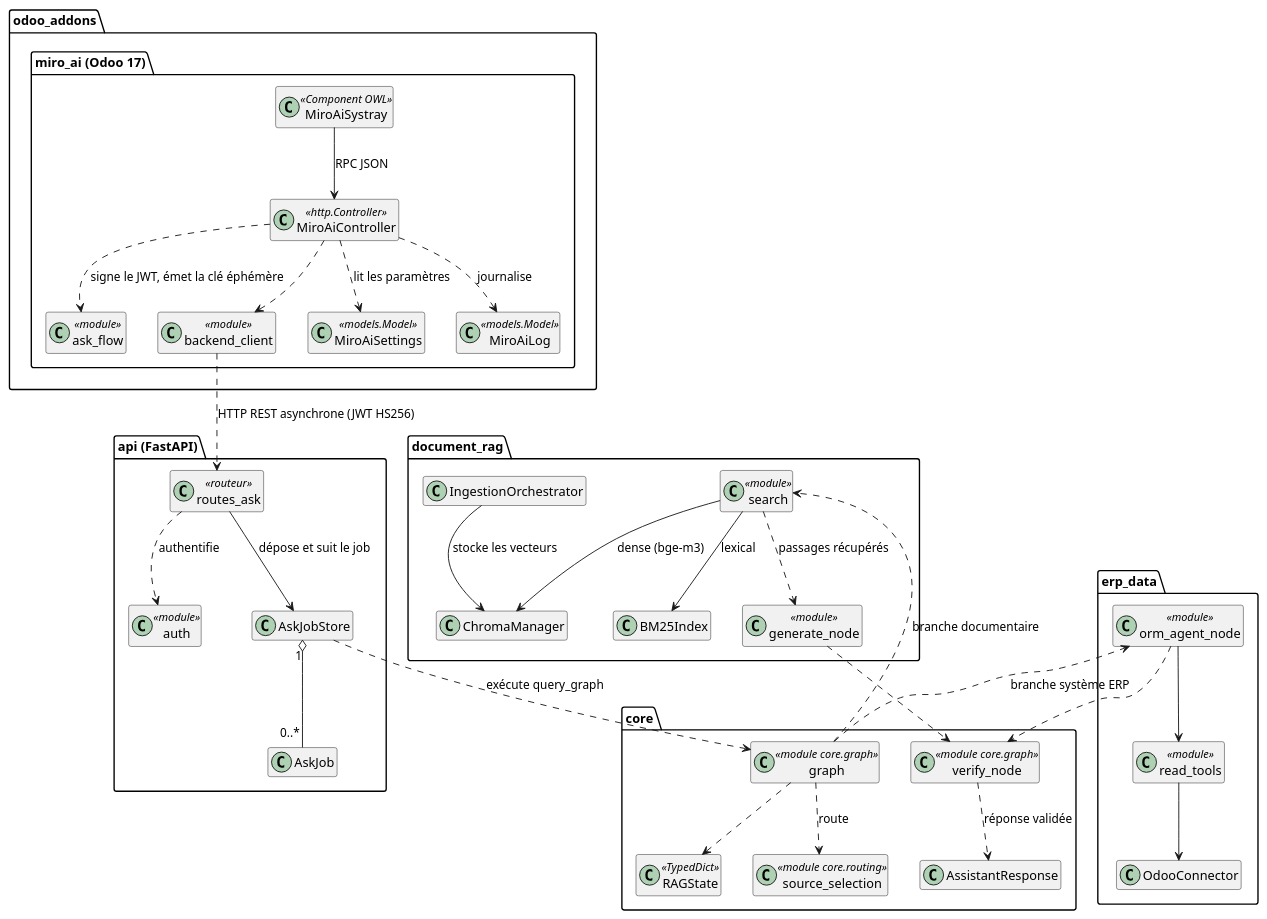
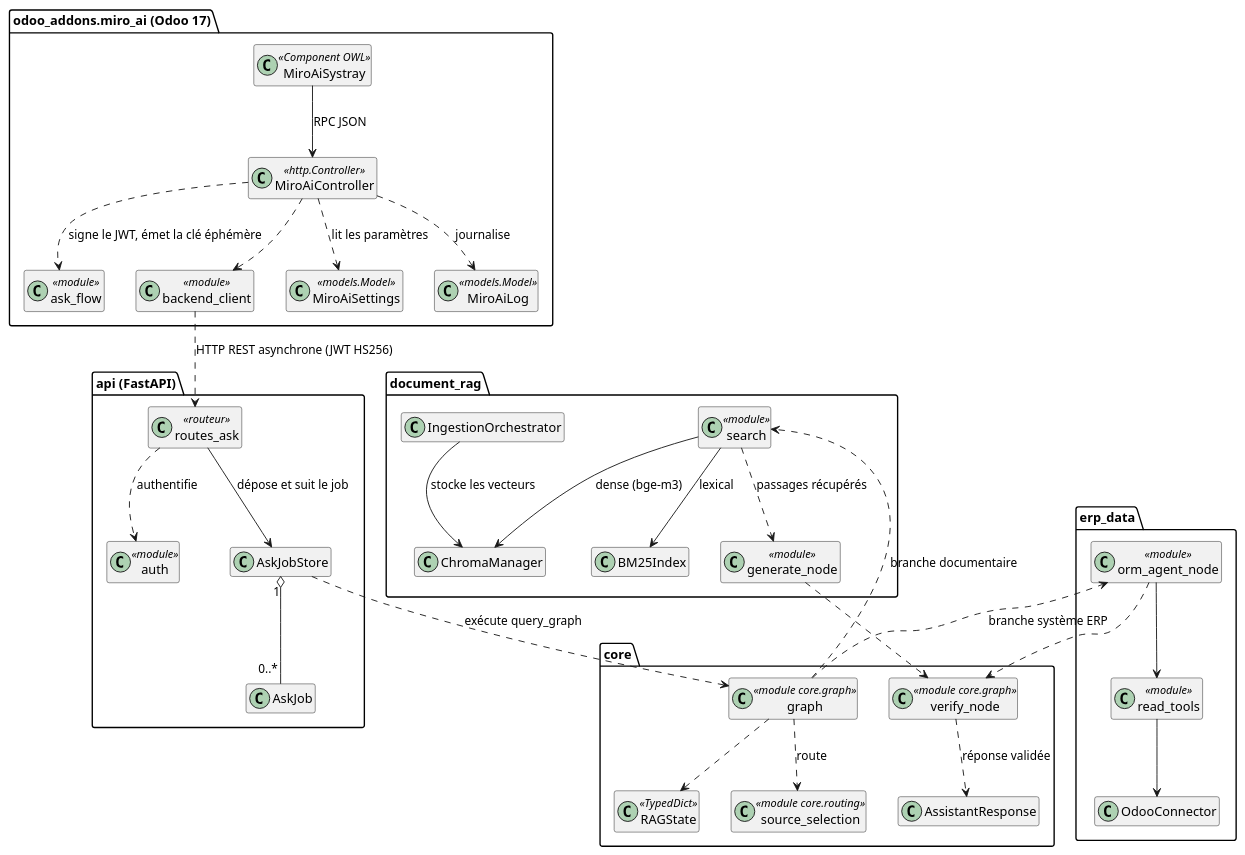
One commit to katsuki2000/odoo-ia-prototype changed the diagram in todo/diagrammes/5_9_classes_globale.puml. Above: the diagram before and after it, drawn with PlantUML. The commit also changed 3 other files, not shown here.

```diff
--- a/todo/diagrammes/5_9_classes_globale.puml
+++ b/todo/diagrammes/5_9_classes_globale.puml
@@ -1,149 +1,150 @@
 @startuml 5_9_classes_globale
+set separator none
 skinparam classAttributeIconSize 0
 hide members
 
 package "odoo_addons.miro_ai (Odoo 17)" {
   class MiroAiSystray <<Component OWL>> {
     +sendMessage() : void
     +askAndWait(payload) : Promise
   }
   class MiroAiController <<http.Controller>> {
     +ask(question, session_id, source_mode) : dict
     +ask_result(job_id, session_id) : dict
     +sessions(limit) : list
     +history(session_id) : list
   }
   class "ask_flow" as AskFlow <<module>> {
     +generate_jwt_token(payload, secret) : str
     +issue_requester_key(env, job_id) : str
     +revoke_requester_keys(env, job_id) : void
   }
   class "backend_client" as BackendClient <<module>> {
     +post_to_backend(...) : Response
     +get_from_backend(...) : Response
   }
   class MiroAiSettings <<models.Model>> {
     +api_url : Char
     +api_token : Char
     +request_timeout : Integer
     +get_signing_secret() : str
   }
   class MiroAiLog <<models.Model>> {
     +question : Text
     +answer : Text
     +session_id : Char
     +log_query(...) : record
   }
 }
 
 package "api (FastAPI)" {
   class "routes_ask" as RoutesAsk <<routeur>> {
     +POST /api/v1/ask
     +POST /api/v1/ask/jobs
     +GET /api/v1/ask/jobs/:job_id
   }
   class "auth" as Auth <<module>> {
     +verify_token(credentials) : dict
     +get_current_user(payload) : dict
     +require_admin(user) : dict
   }
   class AskJobStore {
     +submit(job_id, owner_uid, question, work) : void
     +get(job_id, owner_uid) : AskJob
   }
   class AskJob {
     +status() : str
     +elapsed_ms() : int
   }
 }
 
 package "core" {
   class "graph" as Graph <<module core.graph>> {
     +build_graph() : CompiledGraph
     +query_graph(question, uid, ...) : AssistantResponse
   }
   class RAGState <<TypedDict>> {
     +question : str
     +uid : int | None
     +route : str | None
     +source_mode : str | None
     +retrieved_chunks : list[dict]
     +response : AssistantResponse | None
   }
   class "source_selection" as SourceSelection <<module core.routing>> {
     +select_source(question) : SourceSelection
     +route_decision(state) : str
   }
   class "verify_node" as VerifyNode <<module core.graph>> {
     +verify_answer(state) : dict
   }
   class AssistantResponse {
     +answer : str
     +sources : list[SourceReference]
     +confidence : float
     +route : str | None
     +verification : VerificationReport | None
     +evidence_dossier : list[Evidence]
   }
 }
 
 package "document_rag" {
   class "search" as Search <<module>> {
     +retrieve(query, top_k) : list[dict]
     +hybrid_search(...) : list
   }
   class ChromaManager {
     +query(query_text, top_k, where) : dict
     +add_chunks(texts, metadatas, ids) : list[str]
   }
   class BM25Index {
     +build_from_chroma(manager) : void
     +search(query, top_k) : list[dict]
   }
   class "generate_node" as GenerateNode <<module>> {
     +generate(state) : dict
   }
   class IngestionOrchestrator {
     +ingest_all(docs_dir) : dict
   }
 }
 
 package "erp_data" {
   class "orm_agent_node" as OrmAgentNode <<module>> {
     +orm_agent_loop(state) : dict
   }
   class "read_tools" as OrmRuntimeReadTools <<module>> {
     +orm_search_read(...) : OrmToolResult
     +orm_search_count(...) : OrmToolResult
     +orm_read_group(...) : OrmToolResult
   }
   class OdooConnector {
     +authenticate(username) : int
     +search_read(uid, model, ...) : list[dict]
   }
 }
 
 MiroAiSystray --> MiroAiController : RPC JSON
 MiroAiController ..> AskFlow : signe le JWT, émet la clé éphémère
 MiroAiController ..> BackendClient
 MiroAiController ..> MiroAiSettings : lit les paramètres
 MiroAiController ..> MiroAiLog : journalise
 BackendClient ..> RoutesAsk : HTTP REST asynchrone (JWT HS256)
 RoutesAsk ..> Auth : authentifie
 RoutesAsk --> AskJobStore : dépose et suit le job
 AskJobStore "1" o-- "0..*" AskJob
 AskJobStore ..> Graph : exécute query_graph
 Graph ..> RAGState
 Graph ..> SourceSelection : route
 Graph ..> Search : branche documentaire
 Graph ..> OrmAgentNode : branche système ERP
 Search --> ChromaManager : dense (bge-m3)
 Search --> BM25Index : lexical
 Search ..> GenerateNode : passages récupérés
 GenerateNode ..> VerifyNode
 OrmAgentNode ..> VerifyNode
 OrmAgentNode --> OrmRuntimeReadTools
 OrmRuntimeReadTools --> OdooConnector
 VerifyNode ..> AssistantResponse : réponse validée
 IngestionOrchestrator --> ChromaManager : stocke les vecteurs
 @enduml
```
